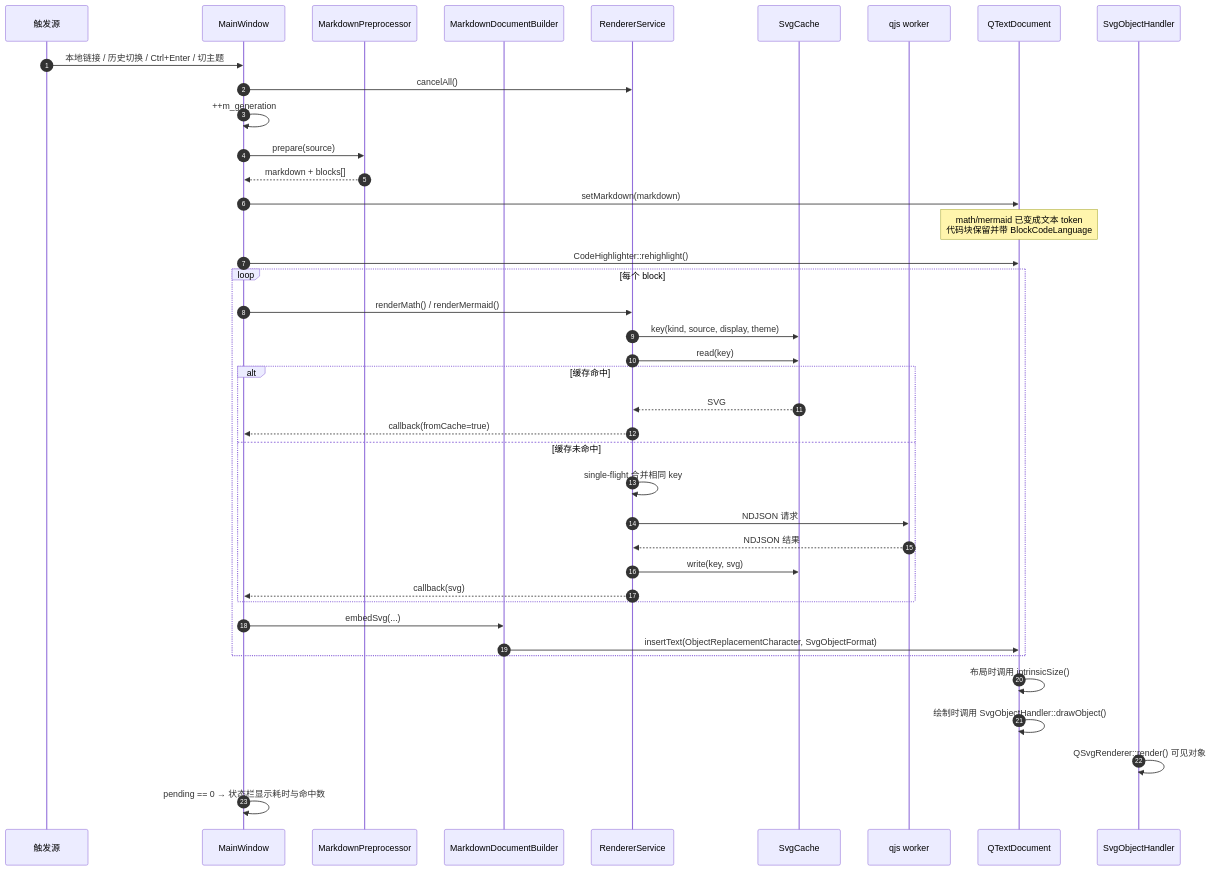
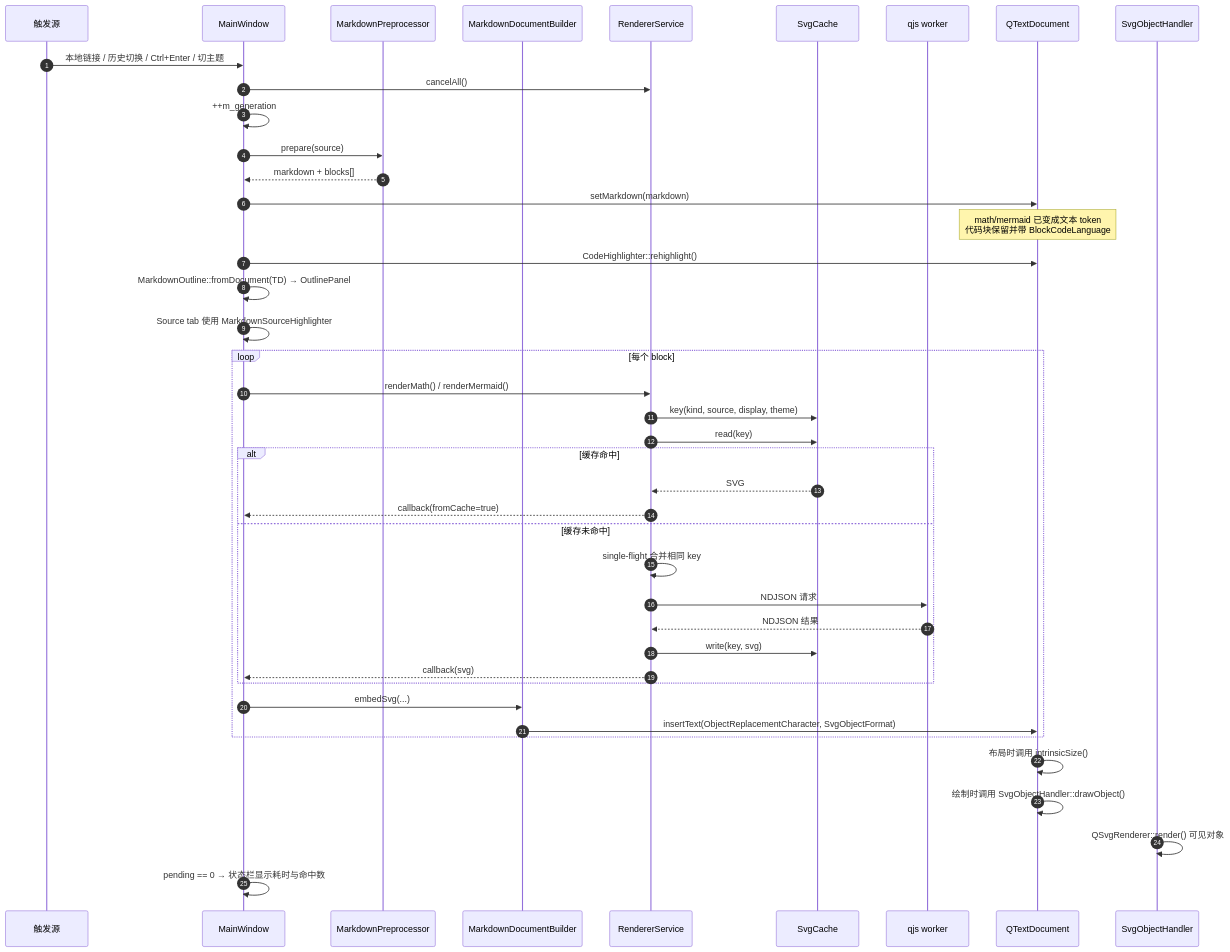
One commit to iLogIng/qt-rich-text-renderer changed the second of 10 diagrams in docs/FLOW.md. Above: the diagram before and after it, drawn with Mermaid. The commit also changed other lines of this file and 4 other files, not shown here.

First line of the commit message:
docs: document the outline, read-only source, and settings system

````diff
--- a/docs/FLOW.md
+++ b/docs/FLOW.md
@@ -48,44 +51,46 @@
 ```mermaid
 sequenceDiagram
     autonumber
     participant U as 触发源
     participant MW as MainWindow
     participant MP as MarkdownPreprocessor
     participant MDB as MarkdownDocumentBuilder
     participant RS as RendererService
     participant SC as SvgCache
     participant Q as qjs worker
     participant TD as QTextDocument
 
     U->>MW: 本地链接 / 历史切换 / Ctrl+Enter / 切主题
     MW->>RS: cancelAll()
     MW->>MW: ++m_generation
     MW->>MP: prepare(source)
     MP-->>MW: markdown + blocks[]
     MW->>TD: setMarkdown(markdown)
     Note over TD: math/mermaid 已变成文本 token<br/>代码块保留并带 BlockCodeLanguage
     MW->>TD: CodeHighlighter::rehighlight()
+    MW->>MW: MarkdownOutline::fromDocument(TD) → OutlinePanel
+    MW->>MW: Source tab 使用 MarkdownSourceHighlighter
 
     loop 每个 block
         MW->>RS: renderMath() / renderMermaid()
         RS->>SC: key(kind, source, display, theme)
         RS->>SC: read(key)
         alt 缓存命中
             SC-->>RS: SVG
             RS-->>MW: callback(fromCache=true)
         else 缓存未命中
             RS->>RS: single-flight 合并相同 key
             RS->>Q: NDJSON 请求
             Q-->>RS: NDJSON 结果
             RS->>SC: write(key, svg)
             RS-->>MW: callback(svg)
         end
         MW->>MDB: embedSvg(...)
         MDB->>TD: insertText(ObjectReplacementCharacter, SvgObjectFormat)
     end
 
     TD->>TD: 布局时调用 intrinsicSize()
     TD->>TD: 绘制时调用 SvgObjectHandler::drawObject()
     SvgObjectHandler->>SvgObjectHandler: QSvgRenderer::render() 可见对象
     MW->>MW: pending == 0 → 状态栏显示耗时与命中数
 ```
````
